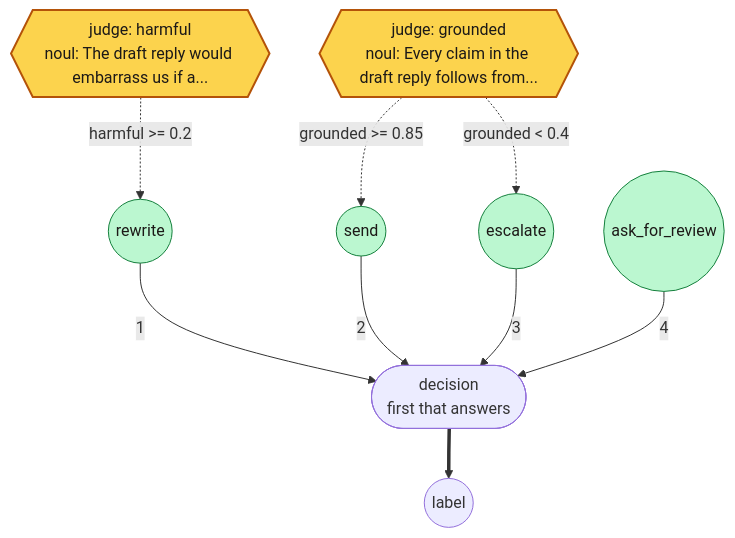
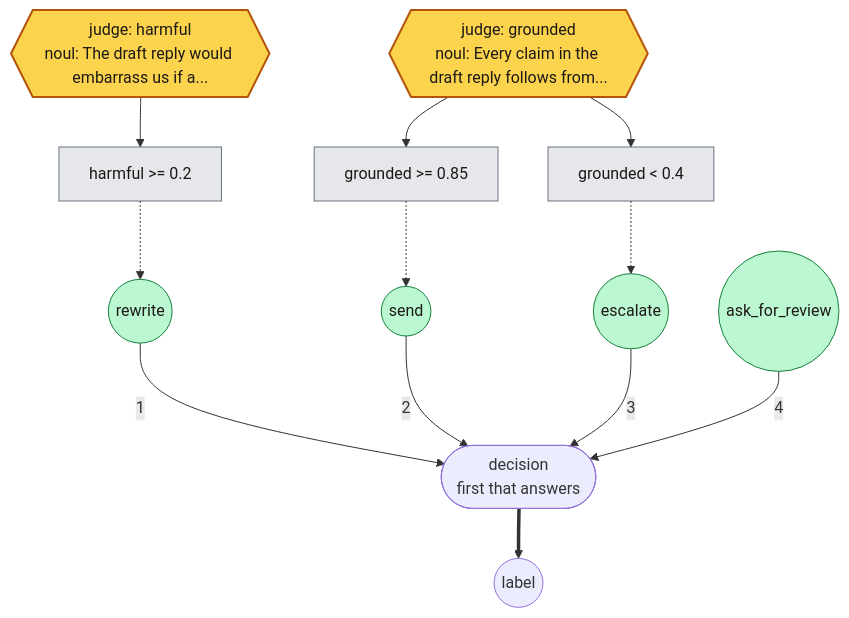
One commit to MCERQUA/rulesmith changed the seventh of 8 diagrams in README.md. Above: the diagram before and after it, drawn with Mermaid. The commit also changed other lines of this file and 3 other files, not shown here.

First line of the commit message:
Draw every condition as a box, and every graph in the README with draw

````diff
--- a/README.md
+++ b/README.md
@@ -797,23 +823,31 @@
 ```mermaid
 flowchart TD
     n0{{"judge: grounded<br/>noul: Every claim in the draft reply follows from..."}}
     n1{{"judge: harmful<br/>noul: The draft reply would embarrass us if a..."}}
     n2(("rewrite"))
     n3(("send"))
     n4(("escalate"))
     n5(("ask_for_review"))
     n6(["decision<br/>first that answers"])
-    n1 -.->|"harmful >= 0.2"| n2
-    n0 -.->|"grounded >= 0.85"| n3
-    n0 -.->|"grounded < 0.4"| n4
+    c0["harmful >= 0.2"]
+    n1 --> c0
+    c0 -.-> n2
+    c1["grounded >= 0.85"]
+    n0 --> c1
+    c1 -.-> n3
+    c2["grounded < 0.4"]
+    n0 --> c2
+    c2 -.-> n4
     n2 -->|"1"| n6
     n3 -->|"2"| n6
     n4 -->|"3"| n6
     n5 -->|"4"| n6
     o0(("label"))
     n6 ==> o0
     classDef judge fill:#fcd34d,stroke:#b45309,stroke-width:2px,color:#1c1917
     class n0,n1 judge
     classDef rule fill:#bbf7d0,stroke:#15803d,color:#1c1917
     class n2,n3,n4,n5 rule
+    classDef condition fill:#e5e7eb,stroke:#6b7280,color:#1c1917
+    class c0,c1,c2 condition
 ```
````
